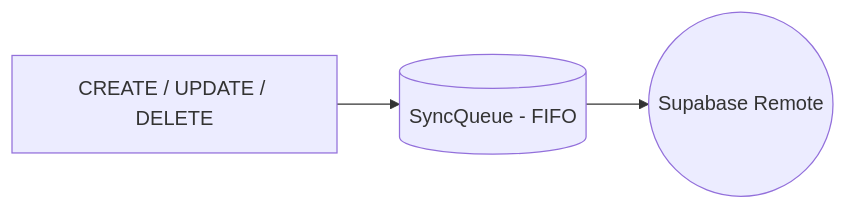
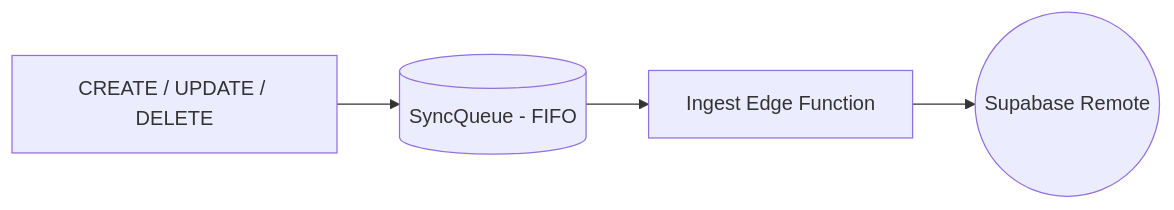
Before and after one commit to Tomakas/deskpos: the second of 12 diagrams in PROJECT.md, drawn with Mermaid. The commit also changed other lines of this file and 7 other files, not shown here.

Commit message:
fix: cache repository refs in ScreenSell to prevent unsafe ref access in dispose, fix: improve auth error message in ingest edge function

````diff
--- a/PROJECT.md
+++ b/PROJECT.md
@@ -1197,5 +1202,6 @@
 ```mermaid
 graph LR
     OPS[CREATE / UPDATE / DELETE] --> QUEUE[(SyncQueue - FIFO)]
-    QUEUE --> SUPA((Supabase Remote))
+    QUEUE --> EF[Ingest Edge Function]
+    EF --> SUPA((Supabase Remote))
 ```
````
